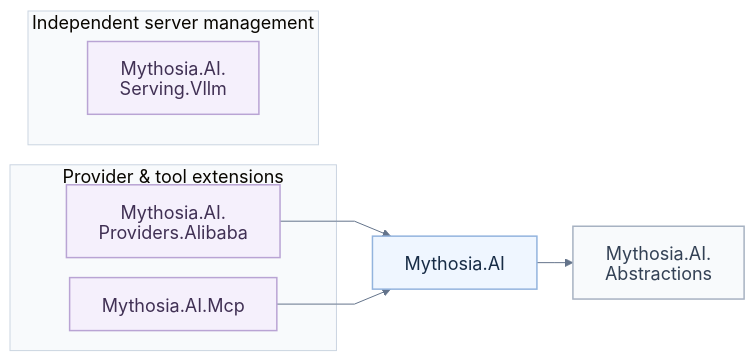
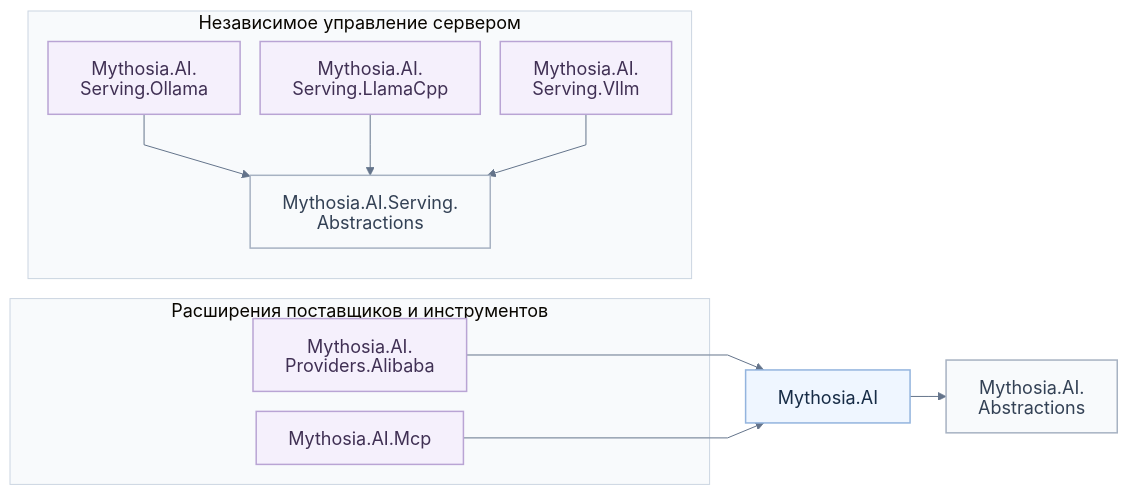
One commit to AJ-comp/Mythosia.AI changed the first of 3 diagrams in docs/ru/README.md. Above: the diagram before and after it, drawn with Mermaid. The commit also changed other lines of this file and 172 other files, not shown here.

First line of the commit message:
Add stable serving clients for Ollama, llama.cpp and vLLM

````diff
--- a/docs/ru/README.md
+++ b/docs/ru/README.md
@@ -79,22 +345,28 @@
 ```mermaid
 %%{init: {"theme":"base","look":"classic","htmlLabels":false,"themeVariables":{"fontFamily":"Arial, sans-serif","fontSize":"18px","primaryTextColor":"#172c46","lineColor":"#64748b","clusterBkg":"#f8fafc","clusterBorder":"#cbd5e1"},"flowchart":{"htmlLabels":false,"curve":"linear","nodeSpacing":20,"rankSpacing":36,"padding":16,"wrappingWidth":300},"fontFamily":"Arial, sans-serif","fontSize":18}}%%
 flowchart LR
-    subgraph Extensions["Provider & tool extensions"]
+    subgraph Extensions["Расширения поставщиков и инструментов"]
         Alibaba["Mythosia.AI.<br/>Providers.Alibaba"]:::extension
         Mcp["Mythosia.AI.Mcp"]:::extension
     end
     AI["Mythosia.AI"]:::core
     AIAbs["Mythosia.AI.<br/>Abstractions"]:::contract
-    subgraph Independent["Independent server management"]
+    subgraph Independent["Независимое управление сервером"]
+        ServingAbs["Mythosia.AI.Serving.<br/>Abstractions"]:::contract
+        OllamaServing["Mythosia.AI.<br/>Serving.Ollama"]:::extension
+        LlamaCppServing["Mythosia.AI.<br/>Serving.LlamaCpp"]:::extension
         VllmServing["Mythosia.AI.<br/>Serving.Vllm"]:::extension
+        OllamaServing --> ServingAbs
+        LlamaCppServing --> ServingAbs
+        VllmServing --> ServingAbs
     end
     Alibaba --> AI
     Mcp --> AI
     AI --> AIAbs
     classDef core fill:#eff6ff,stroke:#93b4de,color:#172c46,stroke-width:1.5px
     classDef rag fill:#eef8f5,stroke:#83b4a4,color:#164638,stroke-width:1.5px
     classDef extension fill:#f5f0fc,stroke:#b9a4d4,color:#403054,stroke-width:1.5px
     classDef documents fill:#fff8e9,stroke:#d4b879,color:#61491d,stroke-width:1.5px
     classDef store fill:#edf7fb,stroke:#8dbaca,color:#194758,stroke-width:1.5px
     classDef contract fill:#f8fafc,stroke:#a7b2c2,color:#334155,stroke-width:1.5px
 ```
````
